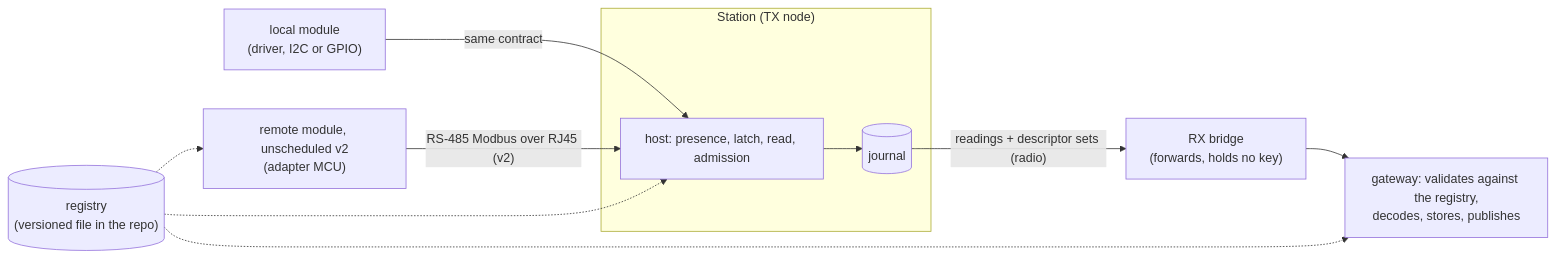
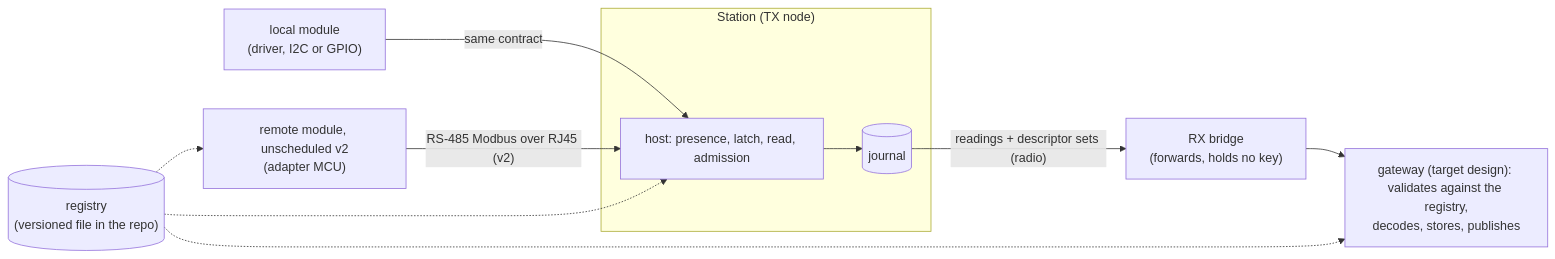
One commit to clintecker/weather-station-2026 changed the first of 6 diagrams in docs/module-protocol.md. Above: the diagram before and after it, drawn with Mermaid. The commit also changed other lines of this file and 85 other files, not shown here.

````diff
--- a/docs/module-protocol.md
+++ b/docs/module-protocol.md
@@ -57,15 +61,15 @@
 ```mermaid
 flowchart LR
   subgraph Station["Station (TX node)"]
     H["host: presence, latch, read, admission"]
     J[("journal")]
   end
   L1["local module<br/>(driver, I2C or GPIO)"] -- "same contract" --> H
   R1["remote module, unscheduled v2<br/>(adapter MCU)"] -- "RS-485 Modbus over RJ45 (v2)" --> H
   H --> J
   J -- "readings + descriptor sets (radio)" --> RX["RX bridge<br/>(forwards, holds no key)"]
-  RX --> G["gateway: validates against the registry,<br/>decodes, stores, publishes"]
+  RX --> G["gateway (target design): validates against the registry,<br/>decodes, stores, publishes"]
   REG[("registry<br/>(versioned file in the repo)")] -.-> H
   REG -.-> G
   REG -.-> R1
 ```
````
